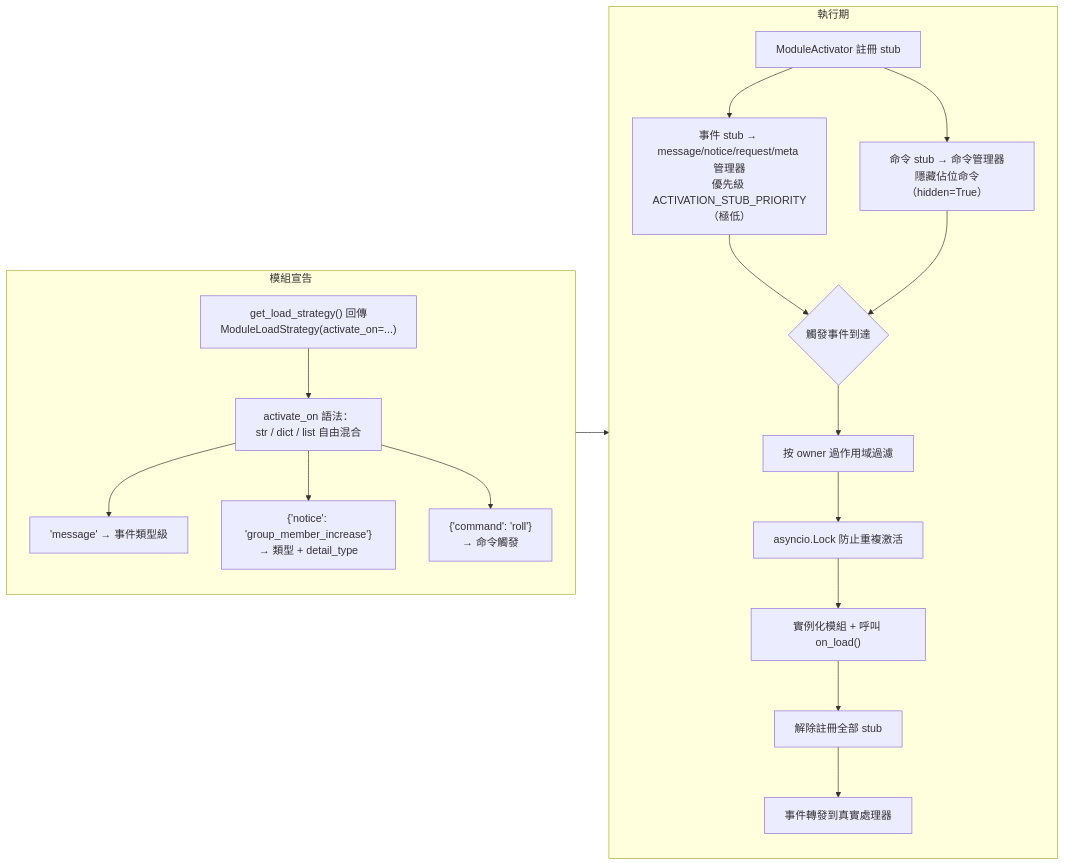
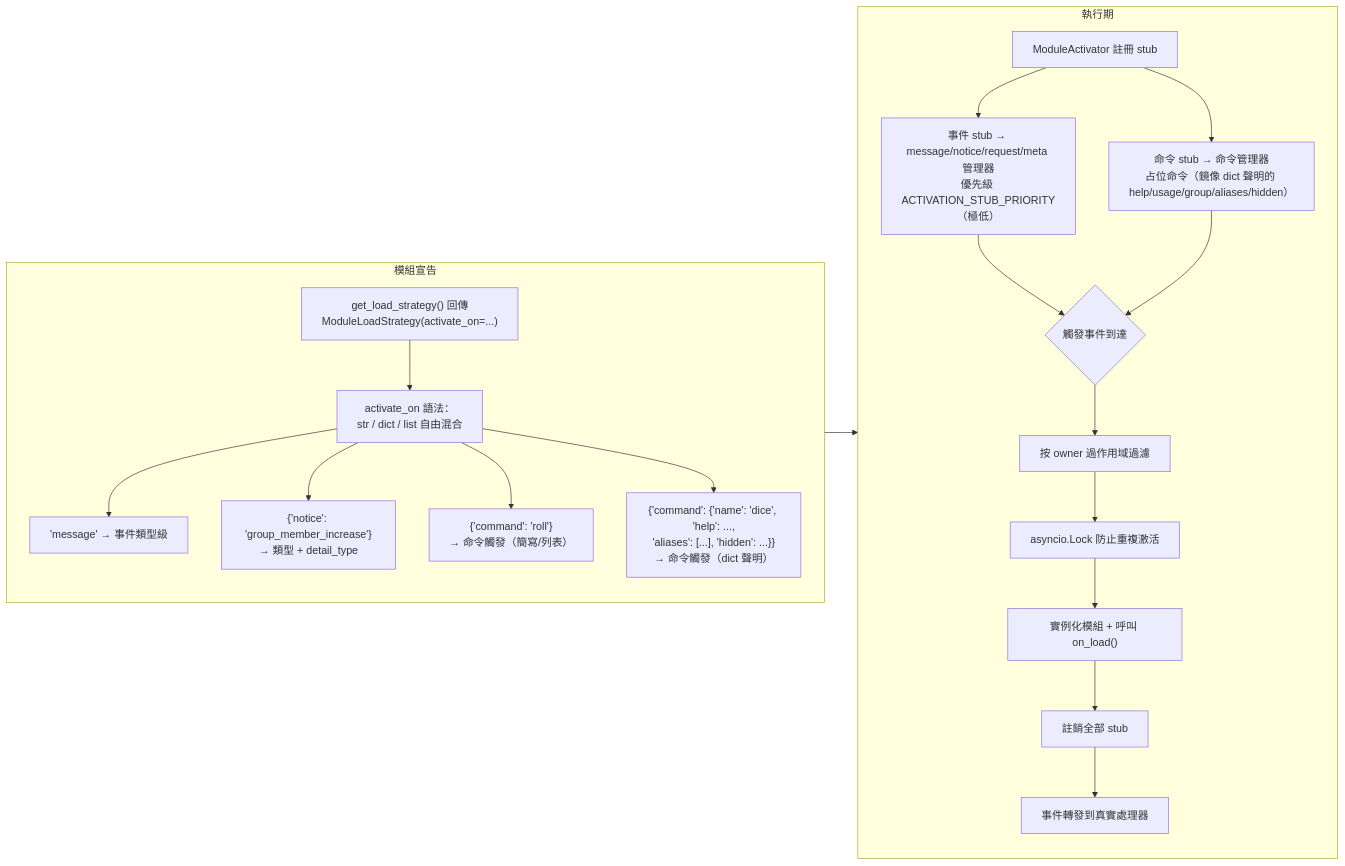
Before and after one commit to ErisPulse/ErisPulse: the seventh of 8 diagrams in docs/zh-TW/architecture.md, drawn with Mermaid. The commit also changed other lines of this file and 143 other files, not shown here.

````diff
--- a/docs/zh-TW/architecture.md
+++ b/docs/zh-TW/architecture.md
@@ -204,23 +225,24 @@
 ```mermaid
 flowchart LR
     subgraph Declare["模組宣告"]
         S1["get_load_strategy() 回傳<br/>ModuleLoadStrategy(activate_on=...)"] --> S2["activate_on 語法：<br/>str / dict / list 自由混合"]
         S2 --> S2a["'message' → 事件類型級"]
         S2 --> S2b["{'notice': 'group_member_increase'}<br/>→ 類型 + detail_type"]
-        S2 --> S2c["{'command': 'roll'}<br/>→ 命令觸發"]
+        S2 --> S2c["{'command': 'roll'}<br/>→ 命令觸發（簡寫/列表）"]
+        S2 --> S2d["{'command': {'name': 'dice', 'help': ...,<br/>'aliases': [...], 'hidden': ...}}<br/>→ 命令觸發（dict 聲明）"]
     end
 
     subgraph Runtime["執行期"]
         R1["ModuleActivator 註冊 stub"] --> R1a["事件 stub → message/notice/request/meta 管理器<br/>優先級 ACTIVATION_STUB_PRIORITY（極低）"]
-        R1 --> R1b["命令 stub → 命令管理器<br/>隱藏佔位命令（hidden=True）"]
+        R1 --> R1b["命令 stub → 命令管理器<br/>占位命令（鏡像 dict 聲明的 help/usage/group/aliases/hidden）"]
         R1a --> R2{"觸發事件到達"}
         R1b --> R2
         R2 --> R3["按 owner 過作用域過濾"]
         R3 --> R4["asyncio.Lock 防止重複激活"]
         R4 --> R5["實例化模組 + 呼叫 on_load()"]
-        R5 --> R6["解除註冊全部 stub"]
+        R5 --> R6["註銷全部 stub"]
         R6 --> R7["事件轉發到真實處理器"]
     end
 
     Declare --> Runtime
 ```
````
